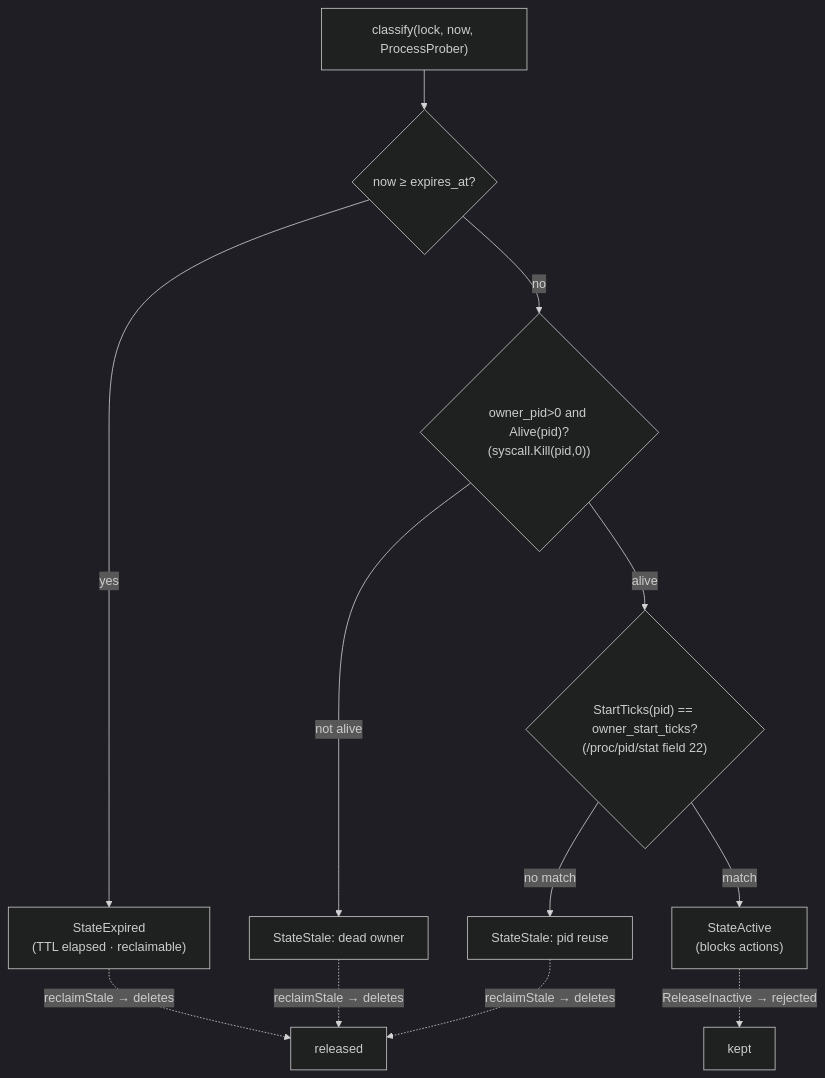
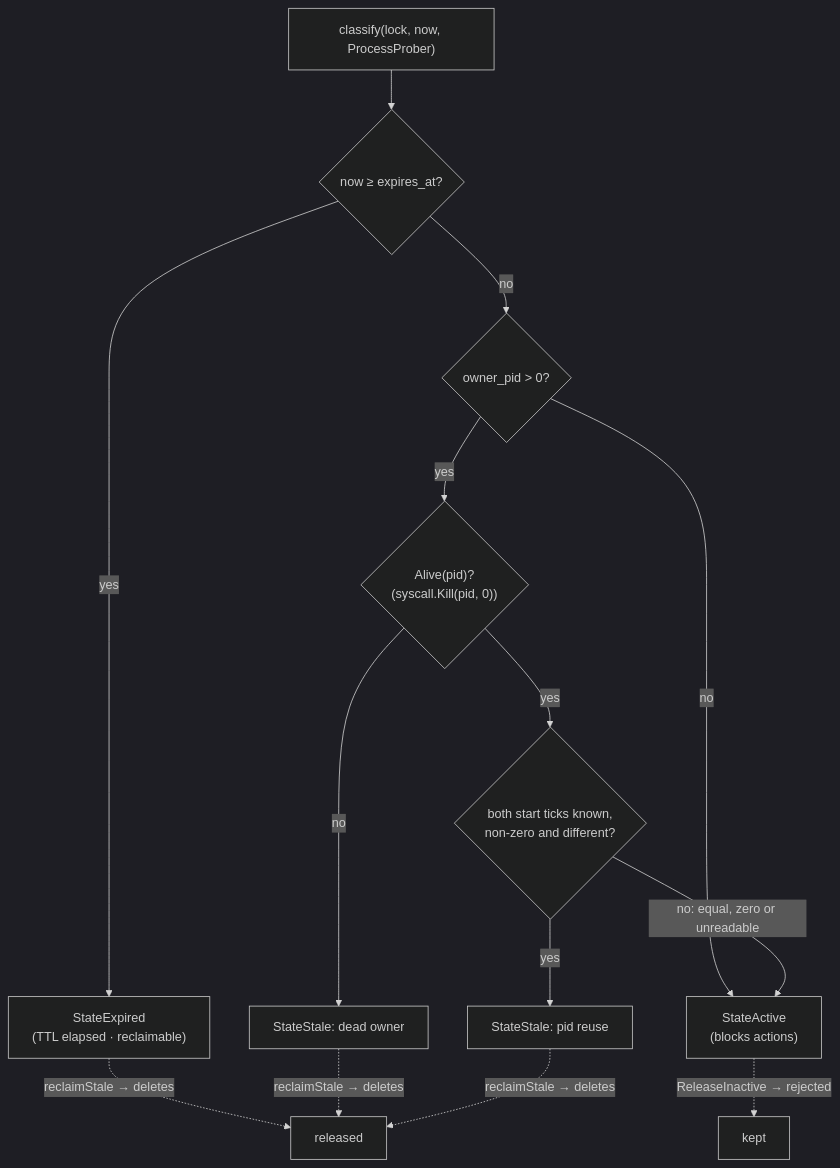
Before and after one commit to inode64/Sermo: the fourth of 6 diagrams in docs/architecture.md, drawn with Mermaid (dark theme). The commit also changed other lines of this file and 39 other files, not shown here.

````diff
--- a/docs/architecture.md
+++ b/docs/architecture.md
@@ -210,15 +213,17 @@
 ```mermaid
 flowchart TD
   C["classify(lock, now, ProcessProber)"] --> Q1{"now ≥ expires_at?"}
   Q1 -- "yes" --> EXP["StateExpired<br/>(TTL elapsed · reclaimable)"]
-  Q1 -- "no" --> Q2{"owner_pid>0 and Alive(pid)?<br/>(syscall.Kill(pid,0))"}
-  Q2 -- "not alive" --> STD["StateStale: dead owner"]
-  Q2 -- "alive" --> Q3{"StartTicks(pid) == owner_start_ticks?<br/>(/proc/pid/stat field 22)"}
-  Q3 -- "no match" --> STR["StateStale: pid reuse"]
-  Q3 -- "match" --> ACTV["StateActive<br/>(blocks actions)"]
+  Q1 -- "no" --> Q2{"owner_pid > 0?"}
+  Q2 -- "no" --> ACTV["StateActive<br/>(blocks actions)"]
+  Q2 -- "yes" --> Q3{"Alive(pid)?<br/>(syscall.Kill(pid, 0))"}
+  Q3 -- "no" --> STD["StateStale: dead owner"]
+  Q3 -- "yes" --> Q4{"both start ticks known,<br/>non-zero and different?"}
+  Q4 -- "yes" --> STR["StateStale: pid reuse"]
+  Q4 -- "no: equal, zero or unreadable" --> ACTV
 
   ACTV -. "ReleaseInactive → rejected" .-> KEEP["kept"]
   EXP -. "reclaimStale → deletes" .-> GONE["released"]
   STD -. "reclaimStale → deletes" .-> GONE
   STR -. "reclaimStale → deletes" .-> GONE
 ```
````
